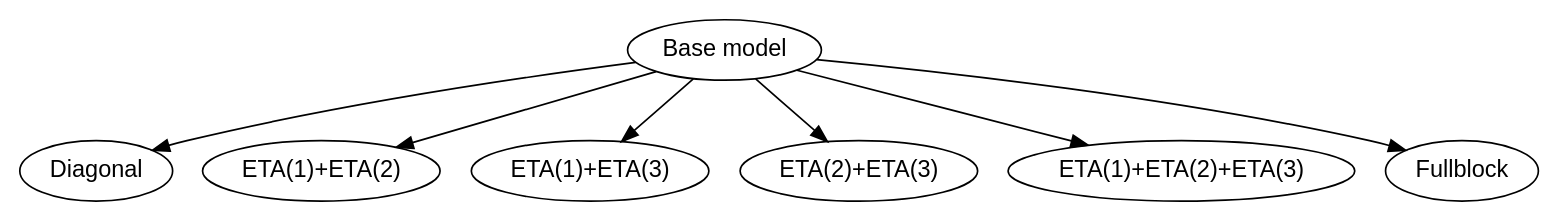
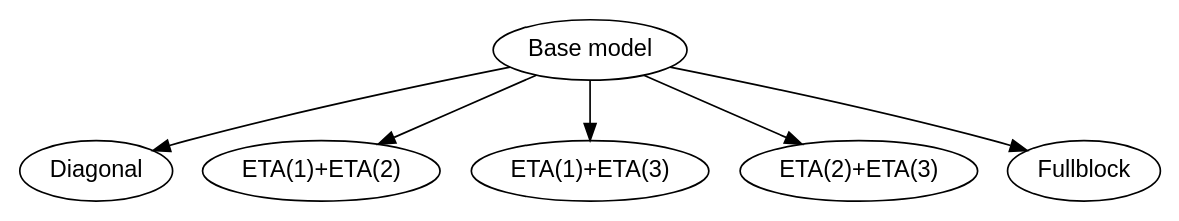
The second of 3 diagrams in docs/iiv.rst (pharmpy/pharmpy), drawn with Graphviz before and after one commit. The commit also changed other lines of this file, not shown here.

Commit message:
Update algorithm graphs in iiv-tool

```diff
--- a/docs/iiv.rst
+++ b/docs/iiv.rst
@@ -109,19 +109,17 @@
 .. graphviz::
 
     digraph BST {
             node [fontname="Arial"];
             base [label="Base model"]
             s0 [label="Diagonal"]
             s1 [label="ETA(1)+ETA(2)"]
             s2 [label="ETA(1)+ETA(3)"]
             s3 [label="ETA(2)+ETA(3)"]
-            s4 [label="ETA(1)+ETA(2)+ETA(3)"]
-            s5 [label="Fullblock"]
+            s4 [label="Fullblock"]
 
             base -> s0
             base -> s1
             base -> s2
             base -> s3
             base -> s4
-            base -> s5
         }
```
